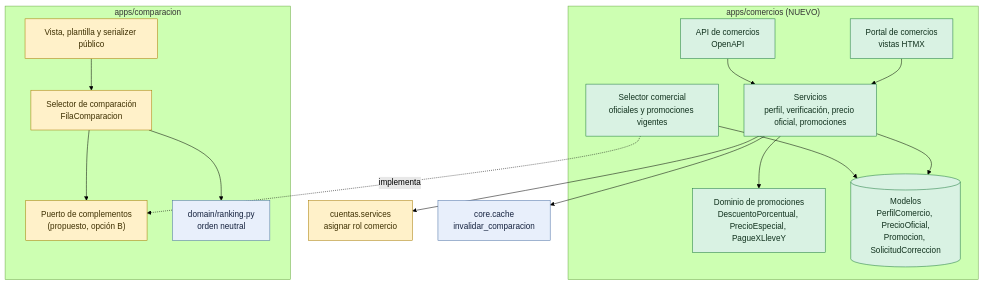
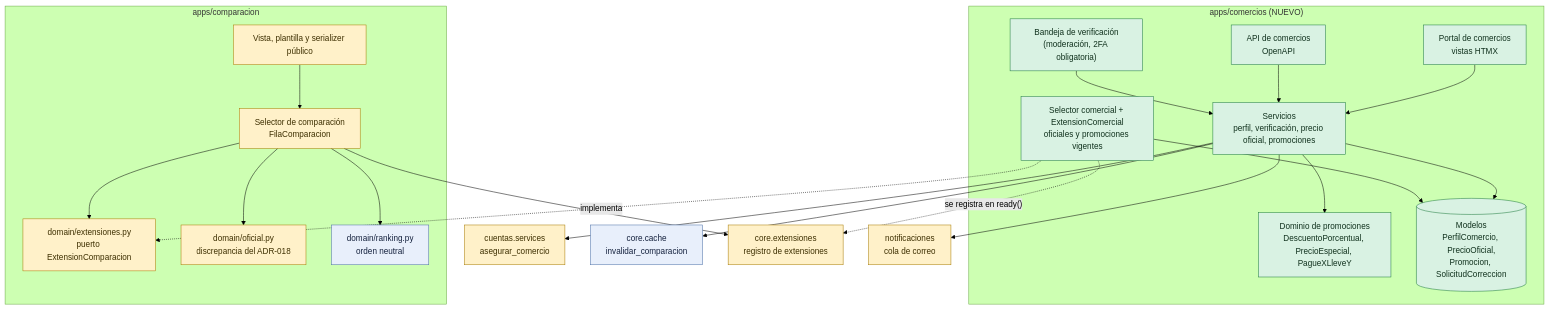
The third of 3 diagrams in docs/arquitectura/c4/v2-modulo-comercial.md (xiomaraocampoh/plataforma-precios-quindio), drawn with Mermaid (forest theme) before and after one commit. The commit also changed other lines of this file and 4 other files, not shown here.

````diff
--- a/docs/arquitectura/c4/v2-modulo-comercial.md
+++ b/docs/arquitectura/c4/v2-modulo-comercial.md
@@ -73,40 +76,49 @@
 ```mermaid
 flowchart TB
     subgraph com ["apps/comercios (NUEVO)"]
         portal["Portal de comercios<br/>vistas HTMX"]
         apicom["API de comercios<br/>OpenAPI"]
         servcom["Servicios<br/>perfil, verificación, precio oficial, promociones"]
         domprom["Dominio de promociones<br/>DescuentoPorcentual, PrecioEspecial, PagueXLleveY"]
-        selcom["Selector comercial<br/>oficiales y promociones vigentes"]
+        selcom["Selector comercial + ExtensionComercial<br/>oficiales y promociones vigentes"]
         modcom[("Modelos<br/>PerfilComercio, PrecioOficial,<br/>Promocion, SolicitudCorreccion")]
+        bandeja["Bandeja de verificación<br/>(moderación, 2FA obligatoria)"]
     end
 
     subgraph comp ["apps/comparacion"]
-        puerto["Puerto de complementos<br/>(propuesto, opción B)"]
+        puerto["domain/extensiones.py<br/>puerto ExtensionComparacion"]
+        oficial["domain/oficial.py<br/>discrepancia del ADR-018"]
         selcmp["Selector de comparación<br/>FilaComparacion"]
         ranking["domain/ranking.py<br/>orden neutral"]
         vista["Vista, plantilla y serializer público"]
     end
 
-    cuentas["cuentas.services<br/>asignar rol comercio"]
+    cuentas["cuentas.services<br/>asegurar_comercio"]
     cache["core.cache<br/>invalidar_comparacion"]
+    registro["core.extensiones<br/>registro de extensiones"]
+    correo["notificaciones<br/>cola de correo"]
 
     portal --> servcom
     apicom --> servcom
     servcom --> domprom
     servcom --> modcom
     servcom --> cuentas
     servcom --> cache
+    servcom --> correo
+    bandeja --> servcom
     selcom --> modcom
     selcom -.->|"implementa"| puerto
+    selcom -.->|"se registra en ready()"| registro
+    selcmp --> registro
     selcmp --> puerto
+    selcmp --> oficial
     selcmp --> ranking
     vista --> selcmp
 
     classDef nuevo fill:#d9f2e3,stroke:#1c7a3d,color:#10311d
     classDef ext fill:#fff1c9,stroke:#a77b00,color:#3d2f00
     classDef base fill:#e8effb,stroke:#4a6fa5,color:#14213d
-    class portal,apicom,servcom,domprom,selcom,modcom nuevo
-    class puerto,selcmp,vista,cuentas ext
+    class portal,apicom,servcom,domprom,selcom,modcom,bandeja nuevo
+    class puerto,oficial,selcmp,vista,cuentas,registro,correo ext
     class ranking,cache base
 ```
````
